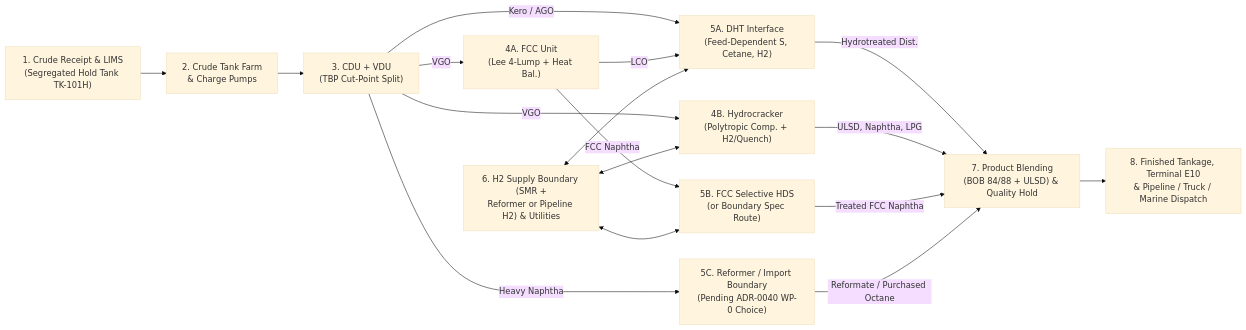
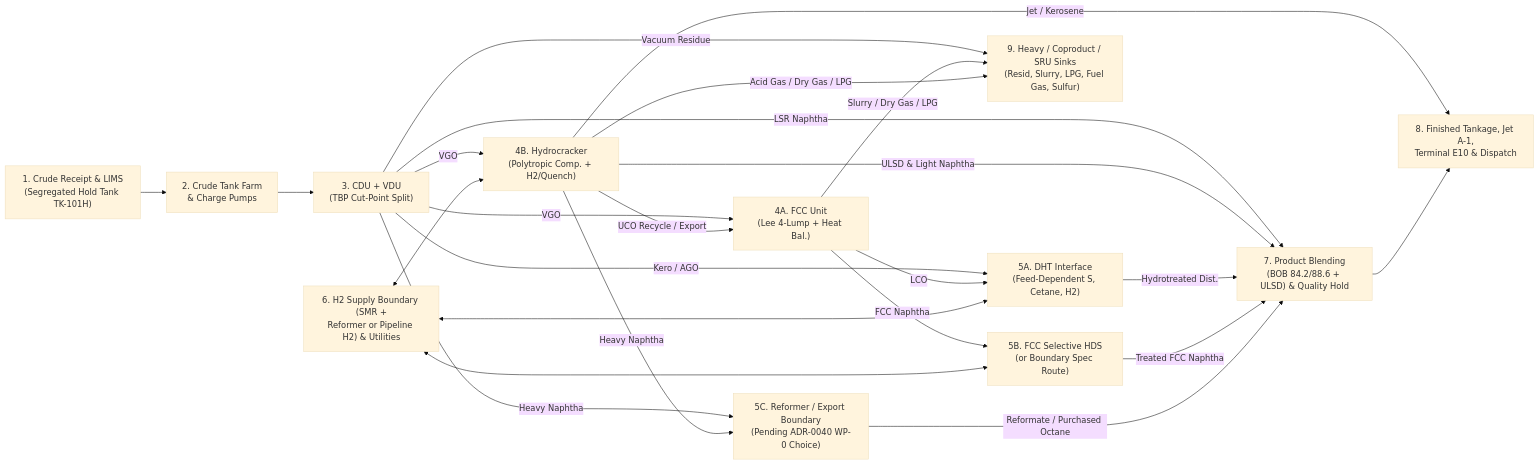
The diagram in docs/enterprise-architecture/independent-review/PPC-REVIEW-002_Governing_Refinery_Equations_and_Balances.md (aadehamid/pearland-petroleum-corporation), drawn with Mermaid (base theme) before and after one commit. The commit also changed other lines of this file and 19 other files, not shown here.

````diff
--- a/docs/enterprise-architecture/independent-review/PPC-REVIEW-002_Governing_Refinery_Equations_and_Balances.md
+++ b/docs/enterprise-architecture/independent-review/PPC-REVIEW-002_Governing_Refinery_Equations_and_Balances.md
@@ -29,19 +29,26 @@
 ```mermaid
 flowchart LR
     CR["1. Crude Receipt & LIMS\n(Segregated Hold Tank TK-101H)"] --> CT["2. Crude Tank Farm\n& Charge Pumps"]
     CT --> CDU["3. CDU + VDU\n(TBP Cut-Point Split)"]
     CDU -->|"VGO"| FCC["4A. FCC Unit\n(Lee 4-Lump + Heat Bal.)"]
     CDU -->|"VGO"| HCU["4B. Hydrocracker\n(Polytropic Comp. + H2/Quench)"]
     CDU -->|"Kero / AGO"| DHT["5A. DHT Interface\n(Feed-Dependent S, Cetane, H2)"]
+    CDU -->|"LSR Naphtha"| BL["7. Product Blending\n(BOB 84.2/88.6 + ULSD) & Quality Hold"]
+    CDU -->|"Heavy Naphtha"| REF["5C. Reformer / Export Boundary\n(Pending ADR-0040 WP-0 Choice)"]
+    CDU -->|"Vacuum Residue"| EX["9. Heavy / Coproduct / SRU Sinks\n(Resid, Slurry, LPG, Fuel Gas, Sulfur)"]
     FCC -->|"LCO"| DHT
     FCC -->|"FCC Naphtha"| FDS["5B. FCC Selective HDS\n(or Boundary Spec Route)"]
-    CDU -->|"Heavy Naphtha"| REF["5C. Reformer / Import Boundary\n(Pending ADR-0040 WP-0 Choice)"]
+    FCC -->|"Slurry / Dry Gas / LPG"| EX
+    HCU -->|"Heavy Naphtha"| REF
+    HCU -->|"UCO Recycle / Export"| FCC
+    HCU -->|"Acid Gas / Dry Gas / LPG"| EX
+    HCU -->|"ULSD & Light Naphtha"| BL
+    HCU -->|"Jet / Kerosene"| FT["8. Finished Tankage, Jet A-1,\nTerminal E10 & Dispatch"]
     SMR["6. H2 Supply Boundary (SMR +\nReformer or Pipeline H2) & Utilities"] <--> HCU
     SMR <--> DHT
     SMR <--> FDS
-    DHT -->|"Hydrotreated Dist."| BL["7. Product Blending\n(BOB 84/88 + ULSD) & Quality Hold"]
-    HCU -->|"ULSD, Naphtha, LPG"| BL
+    DHT -->|"Hydrotreated Dist."| BL
     FDS -->|"Treated FCC Naphtha"| BL
     REF -->|"Reformate / Purchased Octane"| BL
-    BL --> FT["8. Finished Tankage, Terminal E10\n& Pipeline / Truck / Marine Dispatch"]
+    BL --> FT
 ```
````
